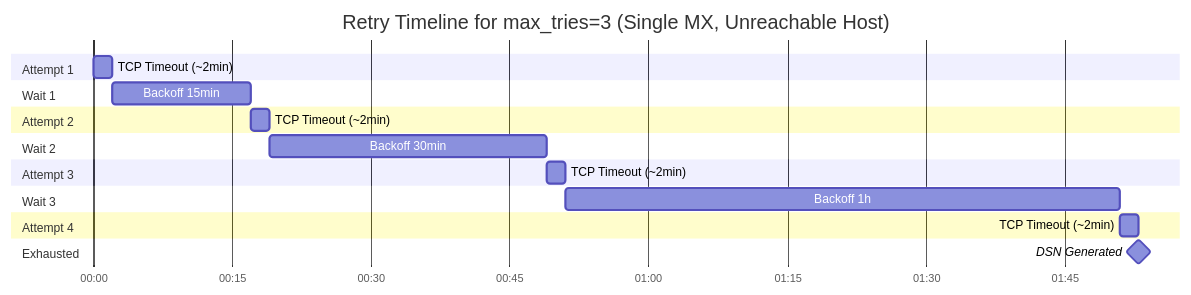
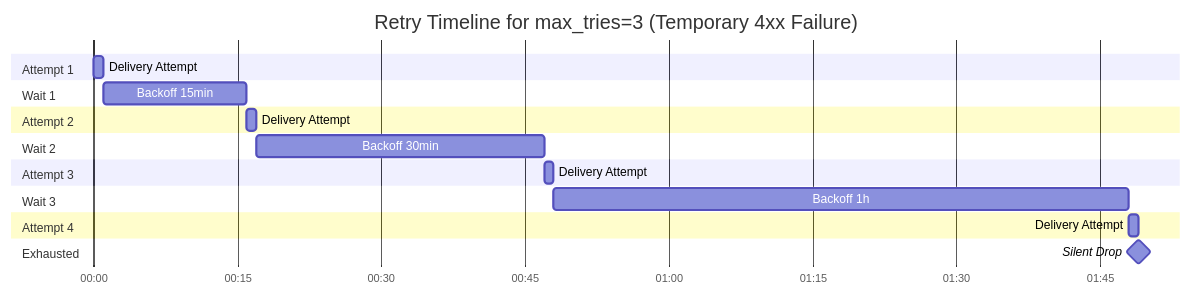
The fourth of 6 diagrams in maddy.md (blitzy-research/maddy), drawn with Mermaid before and after one commit. The commit also changed other lines of this file, not shown here.

````diff
--- a/maddy.md
+++ b/maddy.md
@@ -446,23 +456,23 @@
 ```mermaid
 gantt
-    title Retry Timeline for max_tries=3 (Single MX, Unreachable Host)
+    title Retry Timeline for max_tries=3 (Temporary 4xx Failure)
     dateFormat HH:mm
     axisFormat %H:%M
 
     section Attempt 1
-    TCP Timeout (~2min)       :a1, 00:00, 2m
+    Delivery Attempt          :a1, 00:00, 1m
     section Wait 1
     Backoff 15min             :w1, after a1, 15m
     section Attempt 2
-    TCP Timeout (~2min)       :a2, after w1, 2m
+    Delivery Attempt          :a2, after w1, 1m
     section Wait 2
     Backoff 30min             :w2, after a2, 30m
     section Attempt 3
-    TCP Timeout (~2min)       :a3, after w2, 2m
+    Delivery Attempt          :a3, after w2, 1m
     section Wait 3
     Backoff 1h                :w3, after a3, 60m
     section Attempt 4
-    TCP Timeout (~2min)       :a4, after w3, 2m
+    Delivery Attempt          :a4, after w3, 1m
     section Exhausted
-    DSN Generated             :milestone, after a4, 0m
+    Silent Drop               :milestone, after a4, 0m
 ```
````
